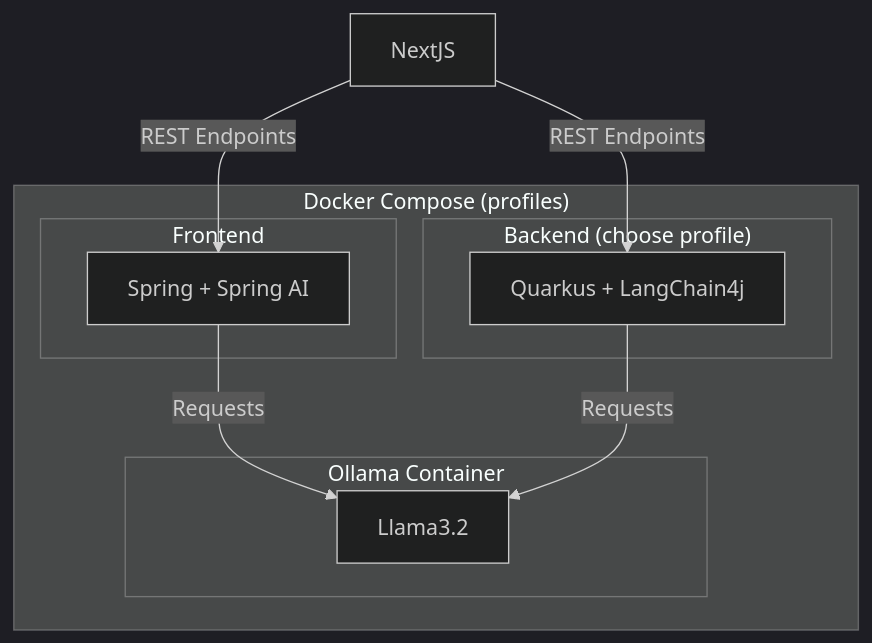
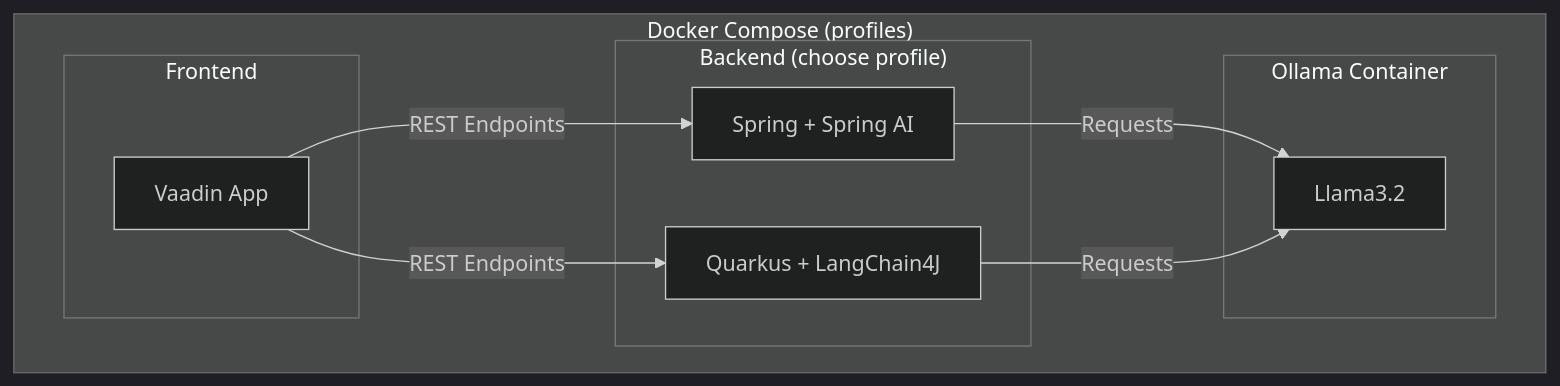
The diagram in README.md (JohannesRabauer/spring-vs-quarkus-ai), drawn with Mermaid (dark theme) before and after one commit.

````diff
--- a/README.md
+++ b/README.md
@@ -14,24 +14,24 @@
 ```mermaid
 flowchart TD
     subgraph DockerCompose["Docker Compose (profiles)"]
         subgraph Frontend["Frontend"]
-            Spring["Vaadin App"]
+            Vaadin["Vaadin App"]
         end
 
         subgraph Backend["Backend (choose profile)"]
             Spring["Spring + Spring AI"]
-            Quarkus["Quarkus + LangChain4j"]
+            Quarkus["Quarkus + LangChain4J"]
         end
 
         subgraph Ollama["Ollama Container"]
             Llama["Llama3.2"]
         end
     end
 
     %% Connections
-    NextJS -->|REST Endpoints| Spring
-    NextJS -->|REST Endpoints| Quarkus
+    Vaadin -->|REST Endpoints| Spring
+    Vaadin -->|REST Endpoints| Quarkus
 
     Spring -->|Requests| Llama
     Quarkus -->|Requests| Llama
 ```
````
